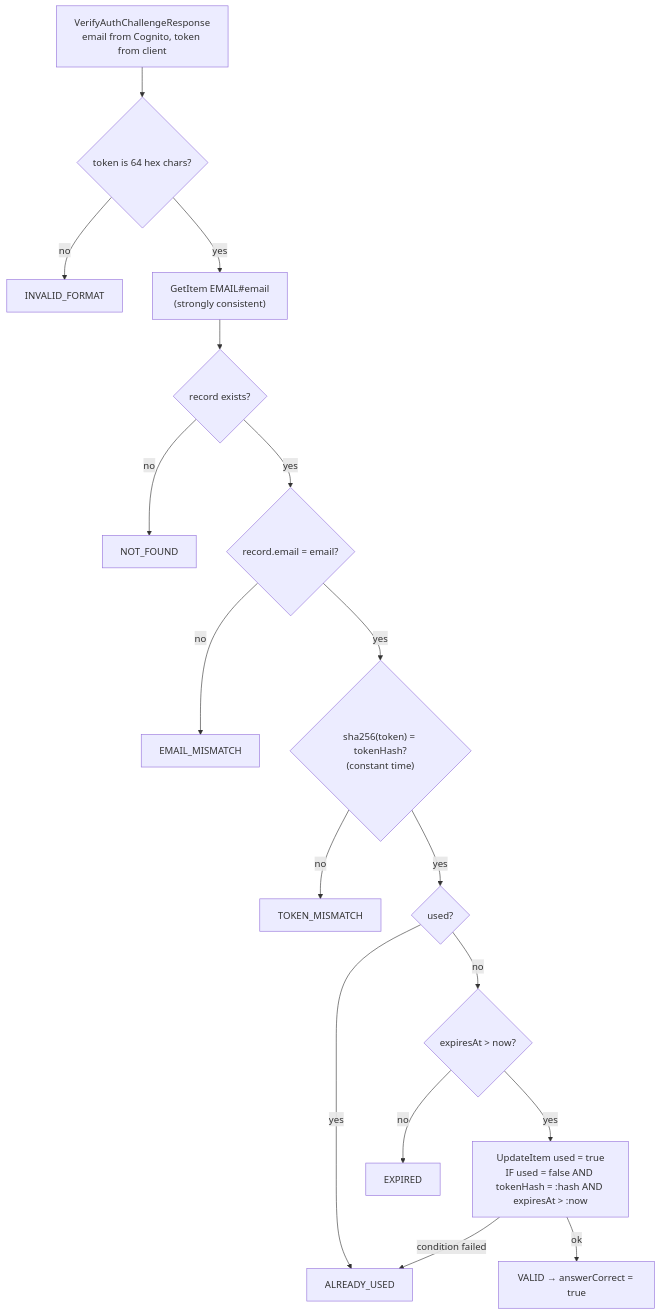
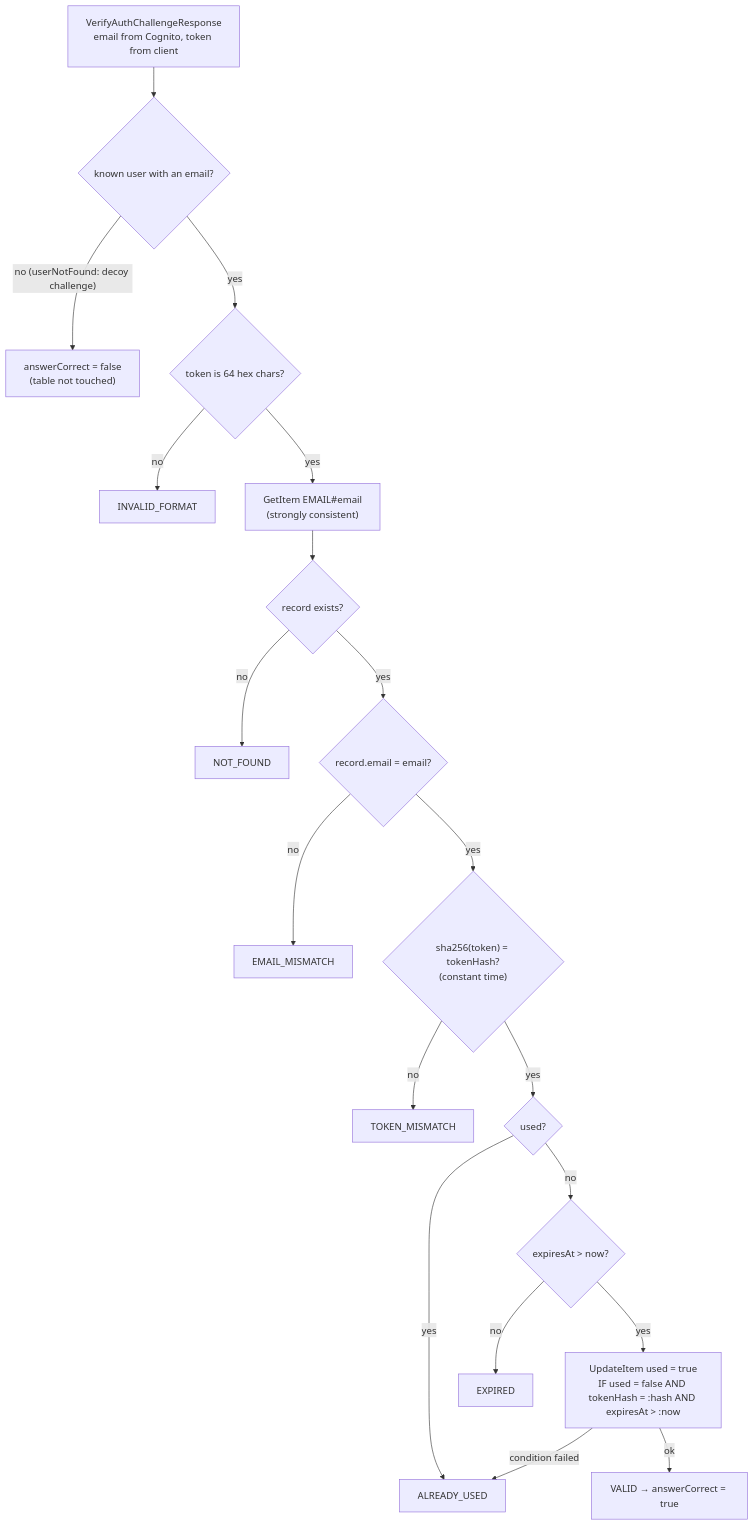
Before and after one commit to luizcurti/magic-links-with-amazon-cognito: the diagram in docs/mmd/verify-token-rules.mmd, drawn with Mermaid. The commit also changed 61 other files, not shown here.

```diff
--- a/docs/mmd/verify-token-rules.mmd
+++ b/docs/mmd/verify-token-rules.mmd
@@ -1,17 +1,19 @@
 flowchart TD
-    A["VerifyAuthChallengeResponse<br/>email from Cognito, token from client"] --> F{"token is 64 hex chars?"}
+    A["VerifyAuthChallengeResponse<br/>email from Cognito, token from client"] --> Z{"known user with an email?"}
+    Z -- "no (userNotFound: decoy challenge)" --> R0["answerCorrect = false<br/>(table not touched)"]
+    Z -- yes --> F{"token is 64 hex chars?"}
     F -- no --> R1["INVALID_FORMAT"]
     F -- yes --> G["GetItem EMAIL#email<br/>(strongly consistent)"]
     G --> N{"record exists?"}
     N -- no --> R2["NOT_FOUND"]
     N -- yes --> E{"record.email = email?"}
     E -- no --> R3["EMAIL_MISMATCH"]
     E -- yes --> H{"sha256(token) = tokenHash?<br/>(constant time)"}
     H -- no --> R4["TOKEN_MISMATCH"]
     H -- yes --> U{"used?"}
     U -- yes --> R5["ALREADY_USED"]
     U -- no --> X{"expiresAt > now?"}
     X -- no --> R6["EXPIRED"]
     X -- yes --> C["UpdateItem used = true<br/>IF used = false AND tokenHash = :hash AND expiresAt > :now"]
     C -- condition failed --> R5
     C -- ok --> V["VALID → answerCorrect = true"]
```
